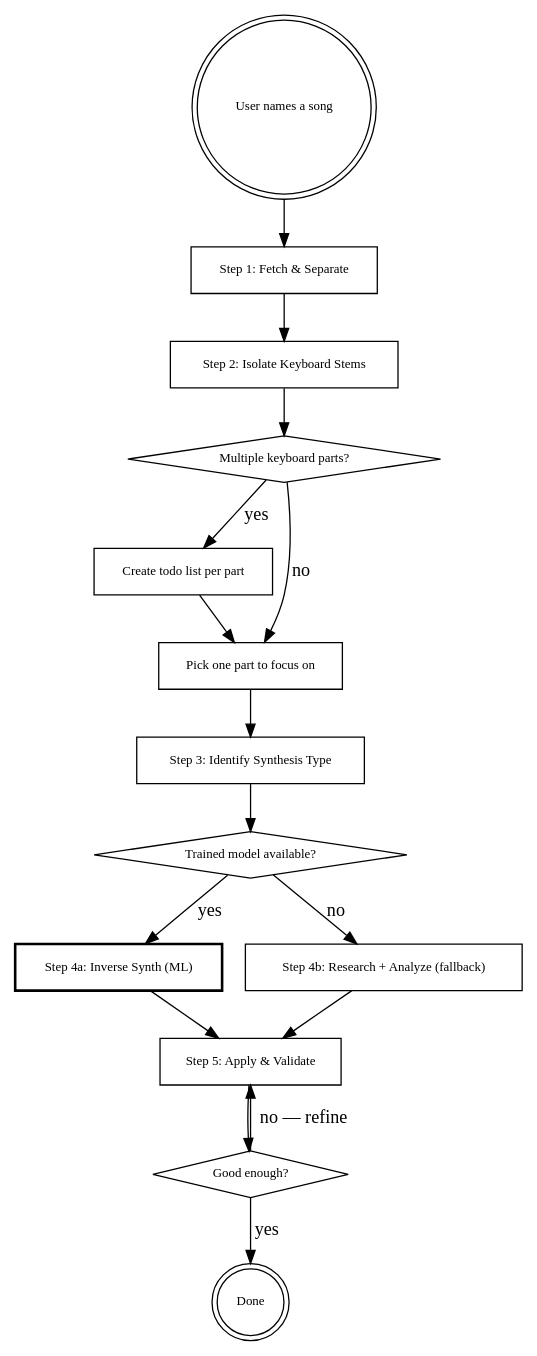
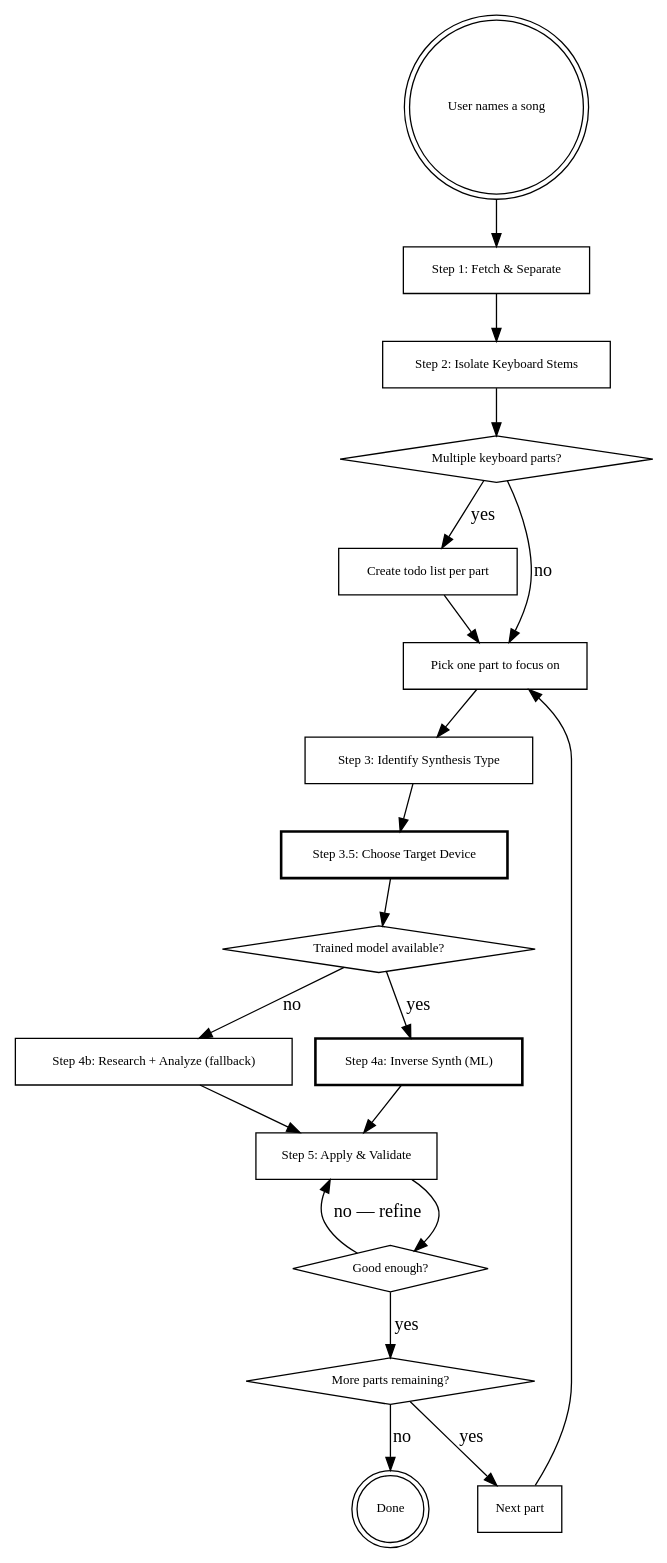
Before and after one commit to uribrecher/keyboards-mcp: the diagram in docs/recreate-sound.md, drawn with Graphviz. The commit also changed other lines of this file and 2 other files, not shown here.

First line of the commit message:
feat: add multi-device and tabbed mock runner plans, update recreate-sound skill

````diff
--- a/docs/recreate-sound.md
+++ b/docs/recreate-sound.md
@@ -26,36 +26,43 @@
 ```dot
 digraph recreate_sound {
     rankdir=TB;
     node [fontsize=10];
 
     "User names a song" [shape=doublecircle];
     "Step 1: Fetch & Separate" [shape=box];
     "Step 2: Isolate Keyboard Stems" [shape=box];
     "Multiple keyboard parts?" [shape=diamond];
     "Create todo list per part" [shape=box];
     "Pick one part to focus on" [shape=box];
     "Step 3: Identify Synthesis Type" [shape=box];
+    "Step 3.5: Choose Target Device" [shape=box, style=bold];
     "Trained model available?" [shape=diamond];
     "Step 4a: Inverse Synth (ML)" [shape=box, style=bold];
     "Step 4b: Research + Analyze (fallback)" [shape=box];
     "Step 5: Apply & Validate" [shape=box];
     "Good enough?" [shape=diamond];
+    "More parts remaining?" [shape=diamond];
+    "Next part" [shape=box];
     "Done" [shape=doublecircle];
 
     "User names a song" -> "Step 1: Fetch & Separate";
     "Step 1: Fetch & Separate" -> "Step 2: Isolate Keyboard Stems";
     "Step 2: Isolate Keyboard Stems" -> "Multiple keyboard parts?";
     "Multiple keyboard parts?" -> "Create todo list per part" [label="yes"];
     "Multiple keyboard parts?" -> "Pick one part to focus on" [label="no"];
     "Create todo list per part" -> "Pick one part to focus on";
     "Pick one part to focus on" -> "Step 3: Identify Synthesis Type";
-    "Step 3: Identify Synthesis Type" -> "Trained model available?";
+    "Step 3: Identify Synthesis Type" -> "Step 3.5: Choose Target Device";
+    "Step 3.5: Choose Target Device" -> "Trained model available?";
     "Trained model available?" -> "Step 4a: Inverse Synth (ML)" [label="yes"];
     "Trained model available?" -> "Step 4b: Research + Analyze (fallback)" [label="no"];
     "Step 4a: Inverse Synth (ML)" -> "Step 5: Apply & Validate";
     "Step 4b: Research + Analyze (fallback)" -> "Step 5: Apply & Validate";
     "Step 5: Apply & Validate" -> "Good enough?";
-    "Good enough?" -> "Done" [label="yes"];
+    "Good enough?" -> "More parts remaining?" [label="yes"];
     "Good enough?" -> "Step 5: Apply & Validate" [label="no — refine"];
+    "More parts remaining?" -> "Next part" [label="yes"];
+    "More parts remaining?" -> "Done" [label="no"];
+    "Next part" -> "Pick one part to focus on";
 }
 ```
````
